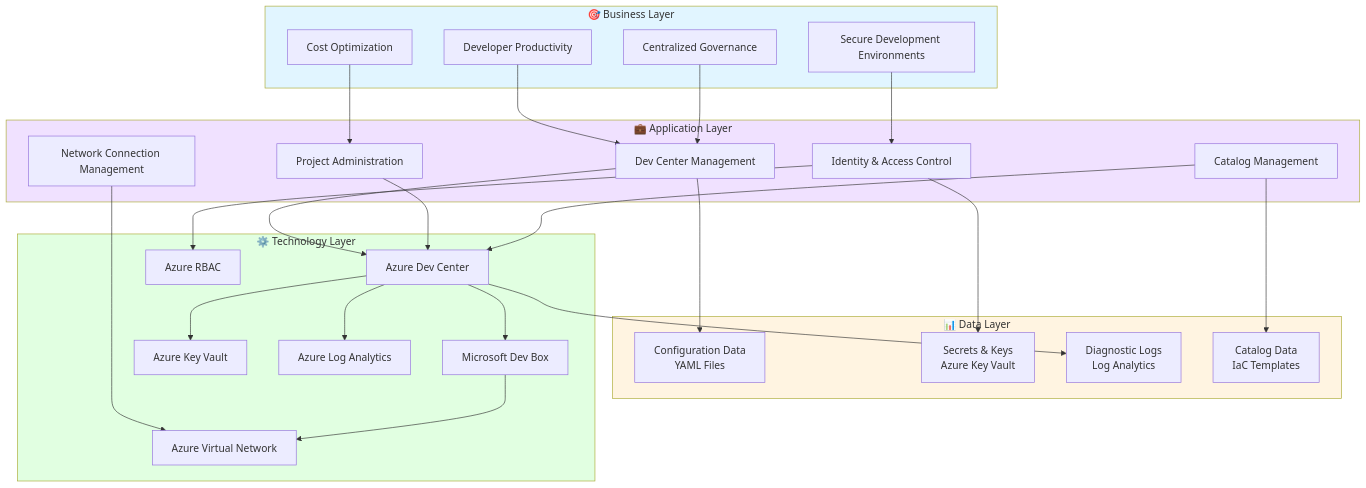
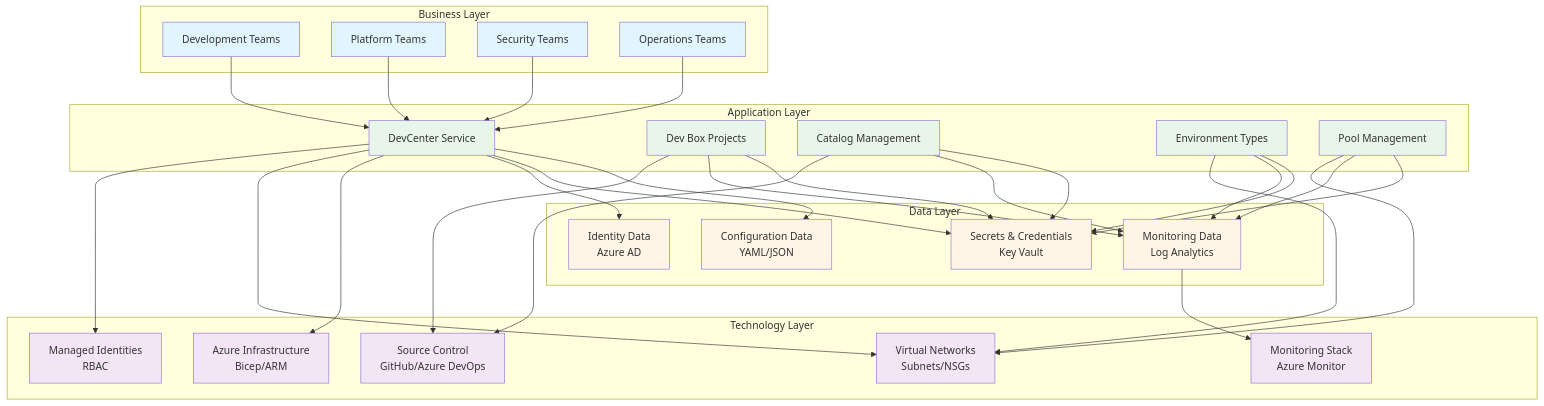
Before and after one commit to Evilazaro/DevExp-DevBox: the first of 3 diagrams in README.md, drawn with Mermaid. The commit also changed other lines of this file, not shown here.

````diff
--- a/README.md
+++ b/README.md
@@ -170,59 +184,59 @@
 ```mermaid
 graph TB
-    subgraph Business["🎯 Business Layer"]
-        B1[Developer Productivity]
-        B2[Secure Development Environments]
-        B3[Centralized Governance]
-        B4[Cost Optimization]
+    subgraph "Business Layer"
+        B1[Development Teams]
+        B2[Platform Teams]
+        B3[Security Teams]
+        B4[Operations Teams]
     end
     
-    subgraph Data["📊 Data Layer"]
-        D1[Configuration Data<br/>YAML Files]
-        D2[Secrets & Keys<br/>Azure Key Vault]
-        D3[Diagnostic Logs<br/>Log Analytics]
-        D4[Catalog Data<br/>IaC Templates]
+    subgraph "Data Layer"
+        D1[Configuration Data<br/>YAML/JSON]
+        D2[Secrets & Credentials<br/>Key Vault]
+        D3[Monitoring Data<br/>Log Analytics]
+        D4[Identity Data<br/>Azure AD]
     end
     
-    subgraph Application["💼 Application Layer"]
-        A1[Dev Center Management]
-        A2[Project Administration]
-        A3[Network Connection Management]
-        A4[Identity & Access Control]
-        A5[Catalog Management]
+    subgraph "Application Layer"
+        A1[DevCenter Service]
+        A2[Dev Box Projects]
+        A3[Catalog Management]
+        A4[Environment Types]
+        A5[Pool Management]
     end
     
-    subgraph Technology["⚙️ Technology Layer"]
-        T1[Azure Dev Center]
-        T2[Microsoft Dev Box]
-        T3[Azure Virtual Network]
-        T4[Azure Key Vault]
-        T5[Azure Log Analytics]
-        T6[Azure RBAC]
+    subgraph "Technology Layer"
+        T1[Azure Infrastructure<br/>Bicep/ARM]
+        T2[Virtual Networks<br/>Subnets/NSGs]
+        T3[Managed Identities<br/>RBAC]
+        T4[Monitoring Stack<br/>Azure Monitor]
+        T5[Source Control<br/>GitHub/Azure DevOps]
     end
     
-    B1 --> A1
-    B2 --> A4
-    B3 --> A1
-    B4 --> A2
+    B1 & B2 & B3 & B4 --> A1
+    A1 --> D1 & D2 & D4
+    A2 & A3 & A4 & A5 --> D2 & D3
+    A1 --> T1 & T2 & T3
+    A2 & A3 --> T5
+    A4 & A5 --> T2
+    D3 --> T4
     
-    A1 --> T1
-    A2 --> T1
-    A3 --> T3
-    A4 --> T6
-    A5 --> T1
-    
-    A1 --> D1
-    A4 --> D2
-    T1 --> D3
-    A5 --> D4
-    
-    T1 --> T2
-    T2 --> T3
-    T1 --> T4
-    T1 --> T5
-    
-    style Business fill:#e1f5ff
-    style Data fill:#fff4e1
-    style Application fill:#f0e1ff
-    style Technology fill:#e1ffe1
+    style B1 fill:#e1f5ff
+    style B2 fill:#e1f5ff
+    style B3 fill:#e1f5ff
+    style B4 fill:#e1f5ff
+    style D1 fill:#fff4e6
+    style D2 fill:#fff4e6
+    style D3 fill:#fff4e6
+    style D4 fill:#fff4e6
+    style A1 fill:#e8f5e9
+    style A2 fill:#e8f5e9
+    style A3 fill:#e8f5e9
+    style A4 fill:#e8f5e9
+    style A5 fill:#e8f5e9
+    style T1 fill:#f3e5f5
+    style T2 fill:#f3e5f5
+    style T3 fill:#f3e5f5
+    style T4 fill:#f3e5f5
+    style T5 fill:#f3e5f5
 ```
````
